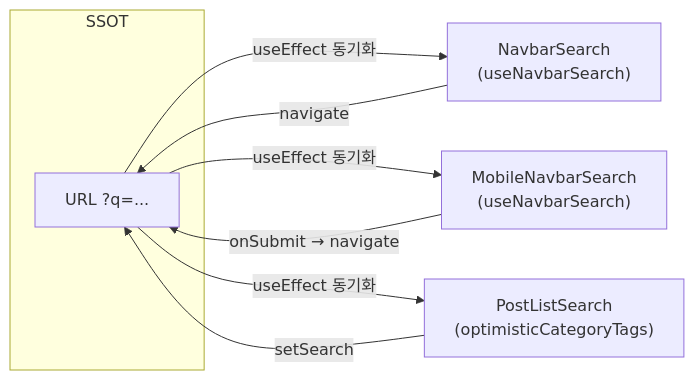
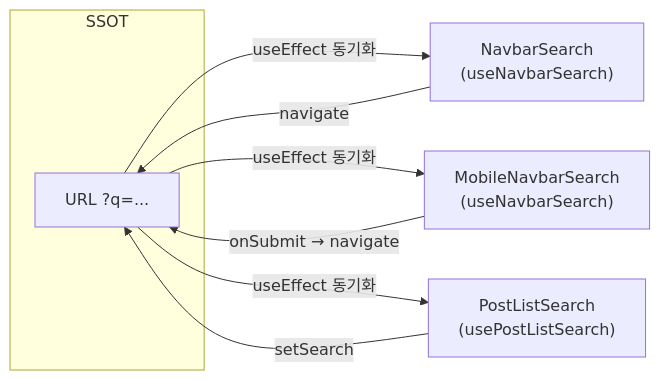
The second of 2 diagrams in docs/SEARCH.md (BAECHAN/link-sphere_FE_NEW), drawn with Mermaid before and after one commit. The commit also changed other lines of this file and 2 other files, not shown here.

First line of the commit message:
refactor(widgets): PostListSearch 낙관적 상태를 usePostListSearch 훅으로 분리 (#234)

````diff
--- a/docs/SEARCH.md
+++ b/docs/SEARCH.md
@@ -94,12 +94,12 @@
 ```mermaid
 flowchart LR
   subgraph "SSOT"
     Q["URL ?q=..."]
   end
   NavbarSearch["NavbarSearch<br/>(useNavbarSearch)"] -->|"navigate"| Q
   Q -->|"useEffect 동기화"| NavbarSearch
   MobileNavbarSearch["MobileNavbarSearch<br/>(useNavbarSearch)"] -->|"onSubmit → navigate"| Q
   Q -->|"useEffect 동기화"| MobileNavbarSearch
-  PostListSearch["PostListSearch<br/>(optimisticCategoryTags)"] -->|"setSearch"| Q
+  PostListSearch["PostListSearch<br/>(usePostListSearch)"] -->|"setSearch"| Q
   Q -->|"useEffect 동기화"| PostListSearch
 ```
````
